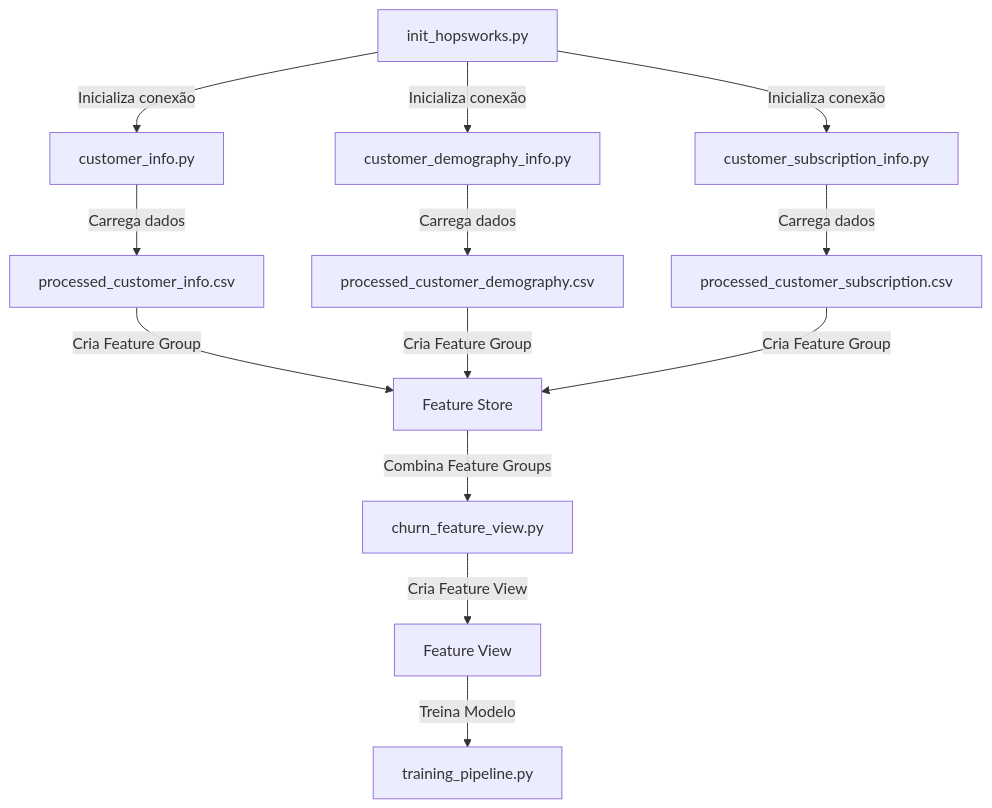
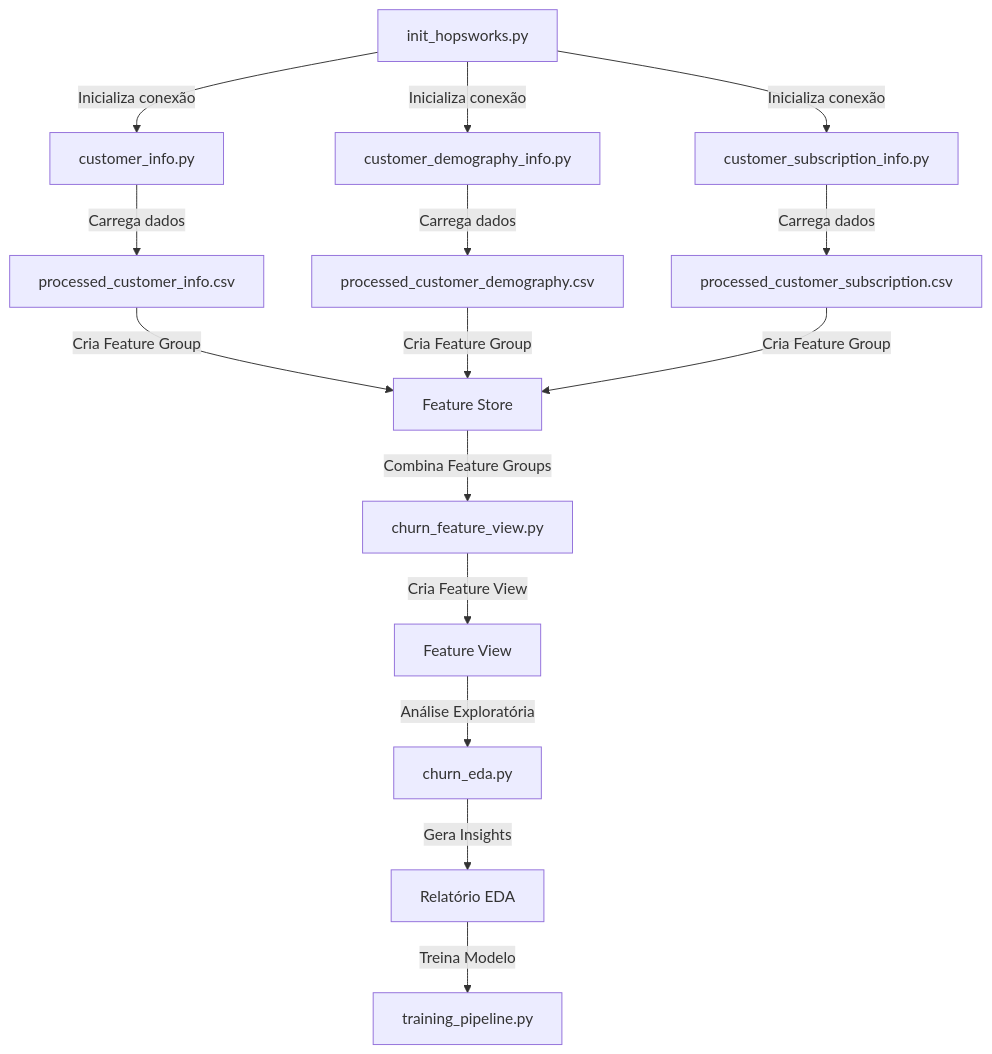
Before and after one commit to hgamaf/Hopsworks_featurestore: the diagram in README.md, drawn with Mermaid. The commit also changed other lines of this file and 5 other files, not shown here.

````diff
--- a/README.md
+++ b/README.md
@@ -74,18 +76,20 @@
 ```mermaid
 graph TB
     A[init_hopsworks.py] -->|Inicializa conexão| B[customer_info.py]
     B -->|Carrega dados| C[processed_customer_info.csv]
     C -->|Cria Feature Group| D[Feature Store]
     
     A -->|Inicializa conexão| E[customer_demography_info.py]
     E -->|Carrega dados| F[processed_customer_demography.csv]
     F -->|Cria Feature Group| D
     
     A -->|Inicializa conexão| G[customer_subscription_info.py]
     G -->|Carrega dados| H[processed_customer_subscription.csv]
     H -->|Cria Feature Group| D
     
     D -->|Combina Feature Groups| I[churn_feature_view.py]
     I -->|Cria Feature View| J[Feature View]
-    J -->|Treina Modelo| K[training_pipeline.py]
+    J -->|Análise Exploratória| K[churn_eda.py]
+    K -->|Gera Insights| L[Relatório EDA]
+    L -->|Treina Modelo| M[training_pipeline.py]
 ```
````
